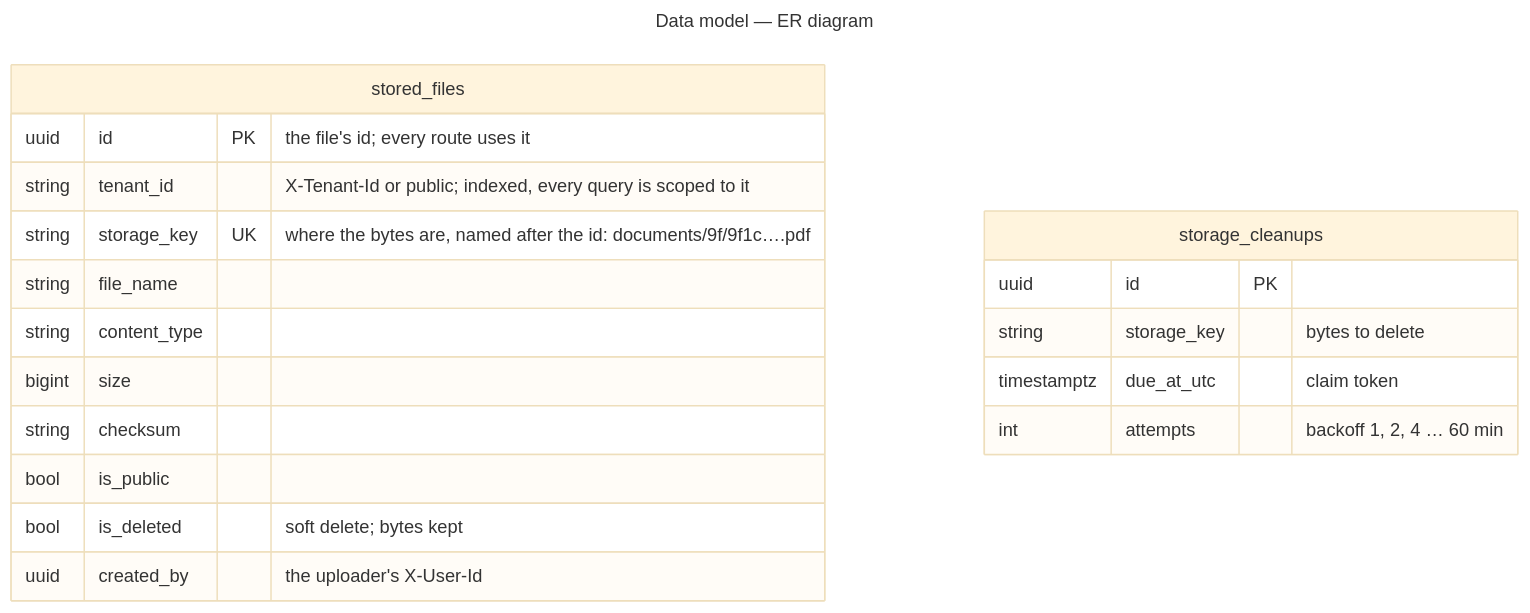
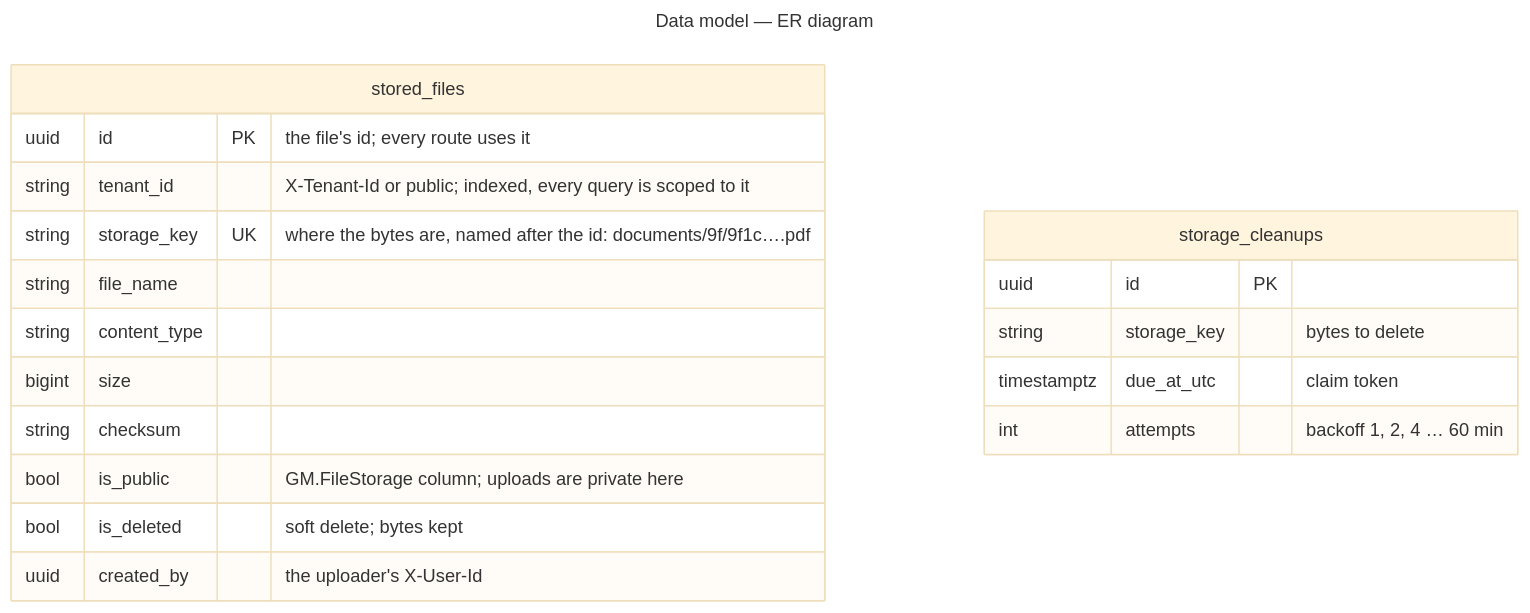
One commit to gmetskhvarishvili/GM.FileStorage.Samples changed the third of 3 diagrams in docs/architecture.md. Above: the diagram before and after it, drawn with Mermaid (base theme). The commit also changed 5 other files, not shown here.

````diff
--- a/docs/architecture.md
+++ b/docs/architecture.md
@@ -93,24 +93,24 @@
 ```mermaid
 ---
 title: Data model — ER diagram
 ---
 erDiagram
     stored_files {
         uuid id PK "the file's id; every route uses it"
         string tenant_id "X-Tenant-Id or public; indexed, every query is scoped to it"
         string storage_key UK "where the bytes are, named after the id: documents/9f/9f1c….pdf"
         string file_name
         string content_type
         bigint size
         string checksum
-        bool is_public
+        bool is_public "GM.FileStorage column; uploads are private here"
         bool is_deleted "soft delete; bytes kept"
         uuid created_by "the uploader's X-User-Id"
     }
     storage_cleanups {
         uuid id PK
         string storage_key "bytes to delete"
         timestamptz due_at_utc "claim token"
         int attempts "backoff 1, 2, 4 … 60 min"
     }
 ```
````
